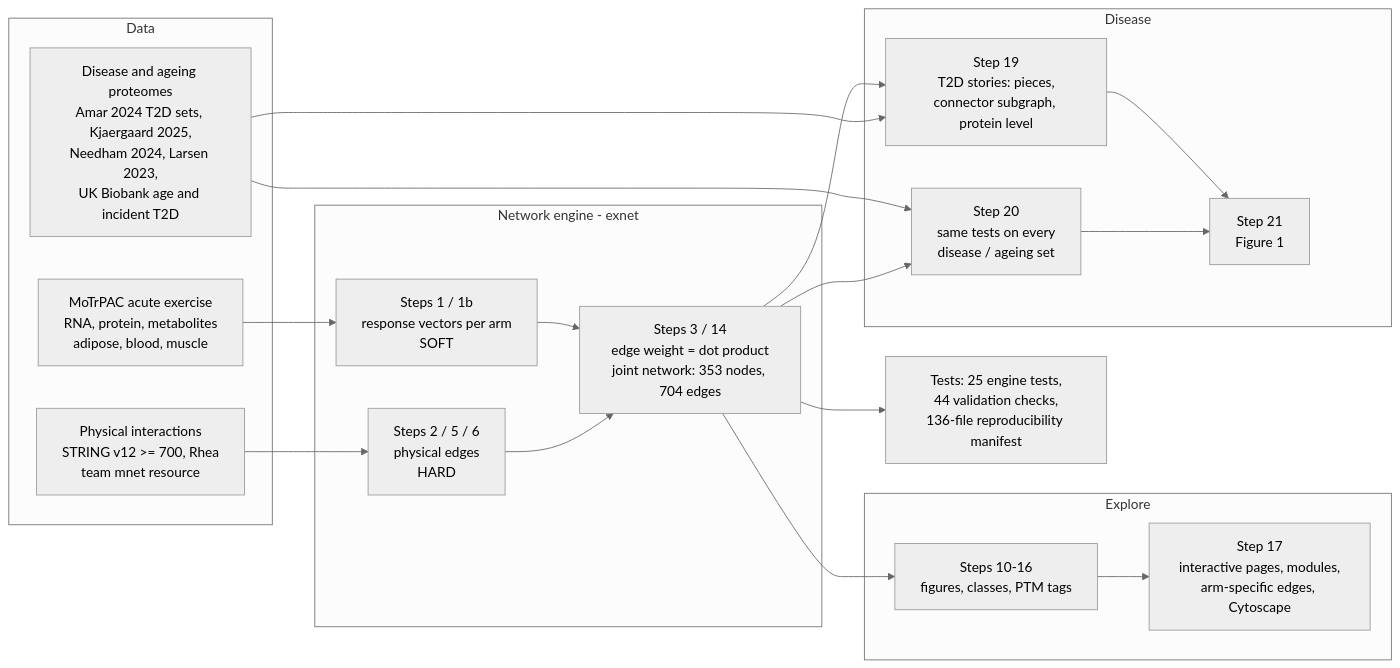
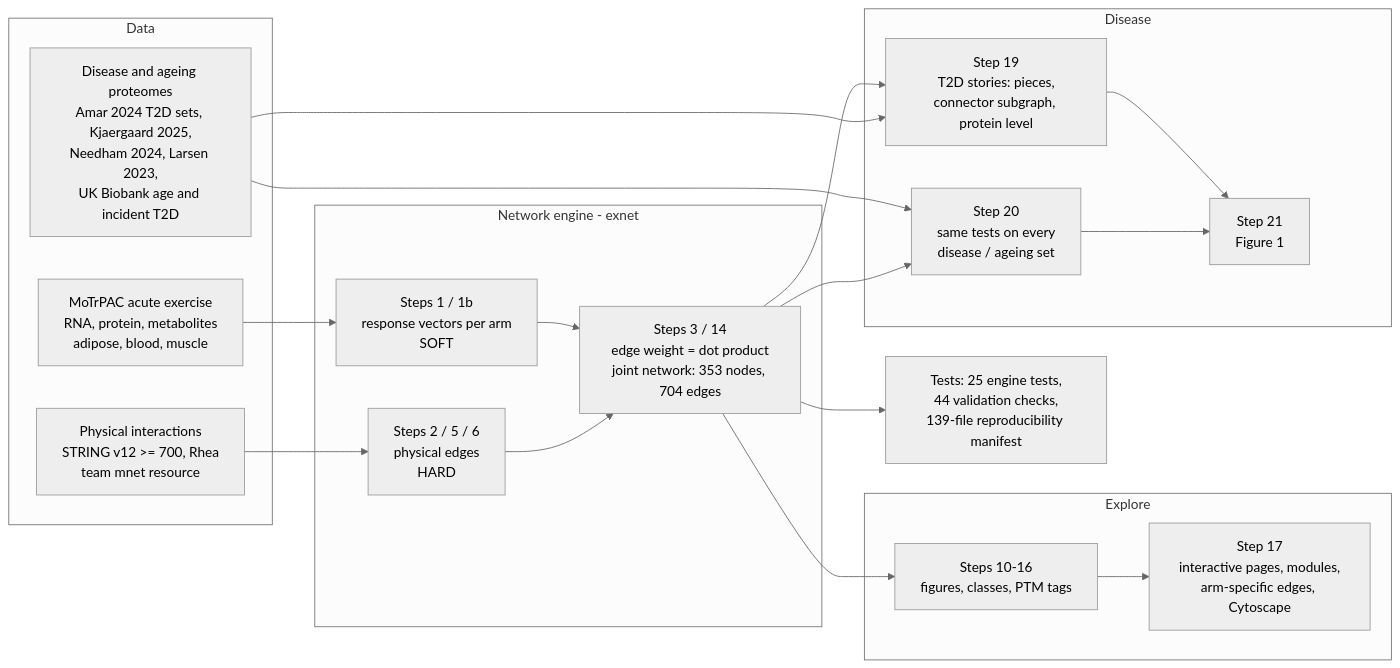
One commit to Stanford-Bioinformatics-Center/multiomics-hackathon-2026-track-1 changed the diagram in network/README.md. Above: the diagram before and after it, drawn with Mermaid (neutral theme). The commit also changed other lines of this file and 8 other files, not shown here.

````diff
--- a/network/README.md
+++ b/network/README.md
@@ -97,32 +97,32 @@
 ```mermaid
 flowchart LR
   subgraph DATA[Data]
     M[MoTrPAC acute exercise<br/>RNA, protein, metabolites<br/>adipose, blood, muscle]
     P[Physical interactions<br/>STRING v12 >= 700, Rhea<br/>team mnet resource]
     D[Disease and ageing proteomes<br/>Amar 2024 T2D sets, Kjaergaard 2025,<br/>Needham 2024, Larsen 2023,<br/>UK Biobank age and incident T2D]
   end
   subgraph ENGINE[Network engine - exnet]
     N[Steps 1 / 1b<br/>response vectors per arm<br/>SOFT]
     E[Steps 2 / 5 / 6<br/>physical edges<br/>HARD]
     W[Steps 3 / 14<br/>edge weight = dot product<br/>joint network: 353 nodes, 704 edges]
   end
   subgraph EXPLORE[Explore]
     V[Steps 10-16<br/>figures, classes, PTM tags]
     I[Step 17<br/>interactive pages, modules,<br/>arm-specific edges, Cytoscape]
   end
   subgraph DISEASE[Disease]
     S[Step 19<br/>T2D stories: pieces,<br/>connector subgraph, protein level]
     C[Step 20<br/>same tests on every<br/>disease / ageing set]
     F[Step 21<br/>Figure 1]
   end
   M --> N --> W
   P --> E --> W
   W --> V --> I
   W --> S
   D --> S
   D --> C
   W --> C
   S --> F
   C --> F
-  W --> T[Tests: 25 engine tests,<br/>44 validation checks,<br/>136-file reproducibility manifest]
+  W --> T[Tests: 25 engine tests,<br/>44 validation checks,<br/>139-file reproducibility manifest]
 ```
````
